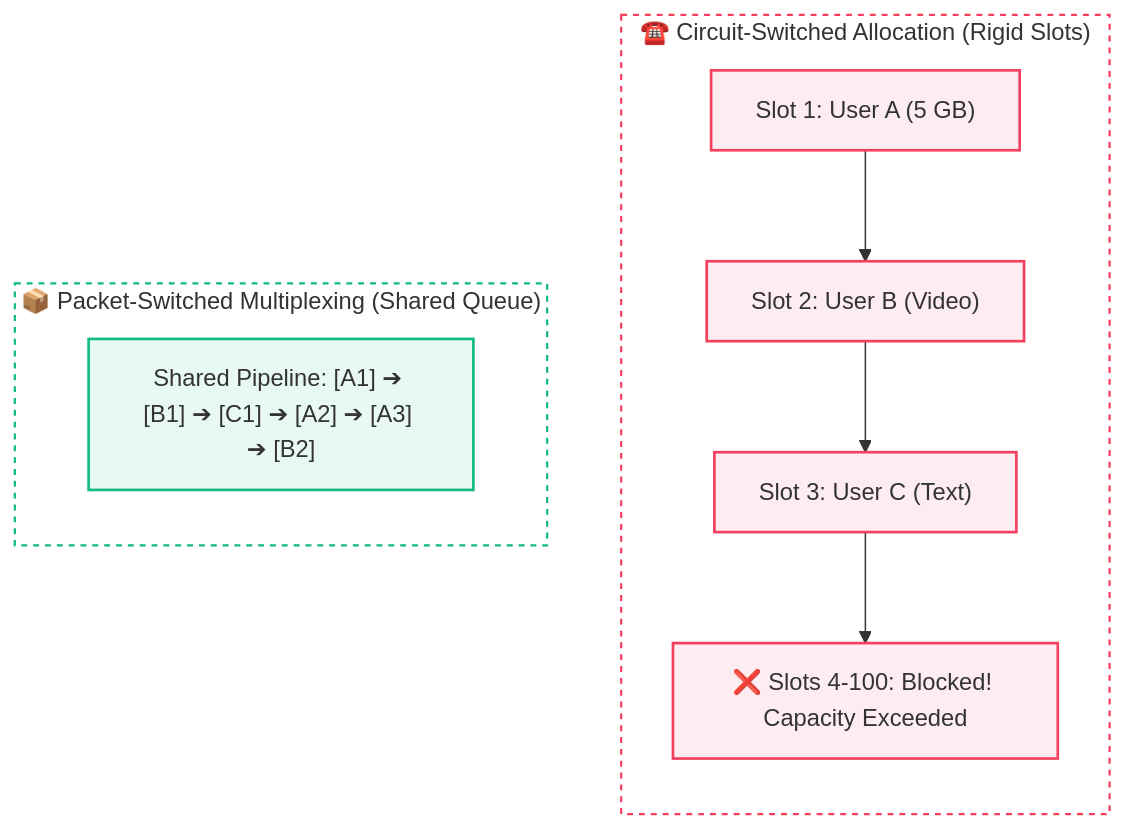
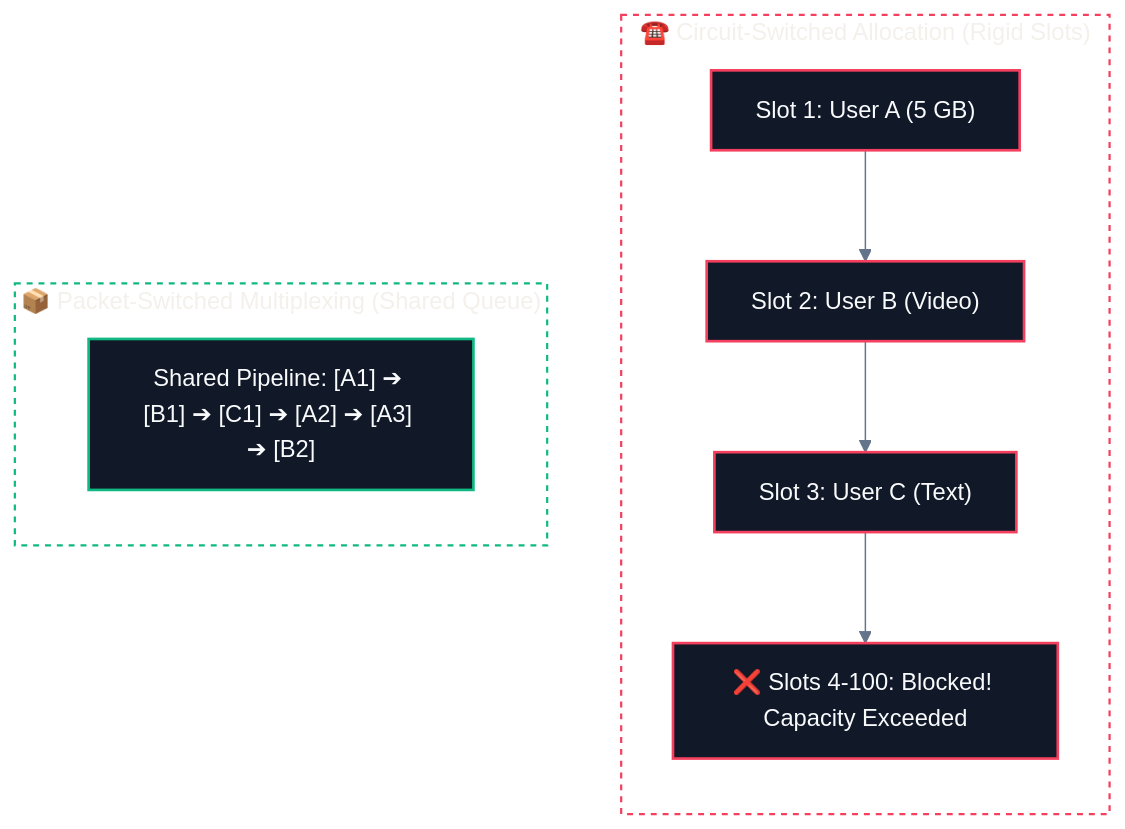
The fourth of 4 diagrams in CS/Computer Networking/01. Architecture & Fundamentals/03. Switching Techniques - Packet vs Circuit.md (abhinavbharti2345/CS_Notes), drawn with Mermaid before and after one commit. The commit also changed other lines of this file and 195 other files, not shown here.

````diff
--- a/CS/Computer Networking/01. Architecture & Fundamentals/03. Switching Techniques - Packet vs Circuit.md
+++ b/CS/Computer Networking/01. Architecture & Fundamentals/03. Switching Techniques - Packet vs Circuit.md
@@ -165,21 +168,22 @@
 ```mermaid
+%%{init: {'theme': 'base', 'themeVariables': { 'darkMode': true, 'background': '#0B0F14', 'mainBkg': '#111827', 'primaryColor': '#111827', 'primaryTextColor': '#F8FAFC', 'primaryBorderColor': '#38BDF8', 'lineColor': '#64748B', 'secondaryColor': '#0B0F14', 'tertiaryColor': '#0B0F14', 'clusterBkg': '#0B0F14', 'clusterBorder': '#38BDF8' }}}%%
 flowchart TD
     subgraph Circuit ["☎️ Circuit-Switched Allocation (Rigid Slots)"]
         direction TD
         C1["Slot 1: User A (5 GB)"] --> C2["Slot 2: User B (Video)"] --> C3["Slot 3: User C (Text)"] --> C4["❌ Slots 4-100: Blocked! Capacity Exceeded"]
     end
 
     subgraph Packet ["📦 Packet-Switched Multiplexing (Shared Queue)"]
         direction TD
         P1["Shared Pipeline: [A1] ➔ [B1] ➔ [C1] ➔ [A2] ➔ [A3] ➔ [B2]"]
     end
 
     style Circuit fill:none,stroke:#f43f5e,stroke-width:1.5px,stroke-dasharray:4 4
     style Packet fill:none,stroke:#10b981,stroke-width:1.5px,stroke-dasharray:4 4
 
-    classDef dangerNode fill:#f43f5e18,stroke:#f43f5e,stroke-width:1.8px;
-    classDef goodNode fill:#10b98118,stroke:#10b981,stroke-width:1.8px;
+    classDef dangerNode fill:#111827,stroke:#f43f5e,stroke-width:1.8px,color:#F8FAFC;
+    classDef goodNode fill:#111827,stroke:#10b981,stroke-width:1.8px,color:#F8FAFC;
 
     class C1,C2,C3,C4 dangerNode;
     class P1 goodNode;
 ```
````
